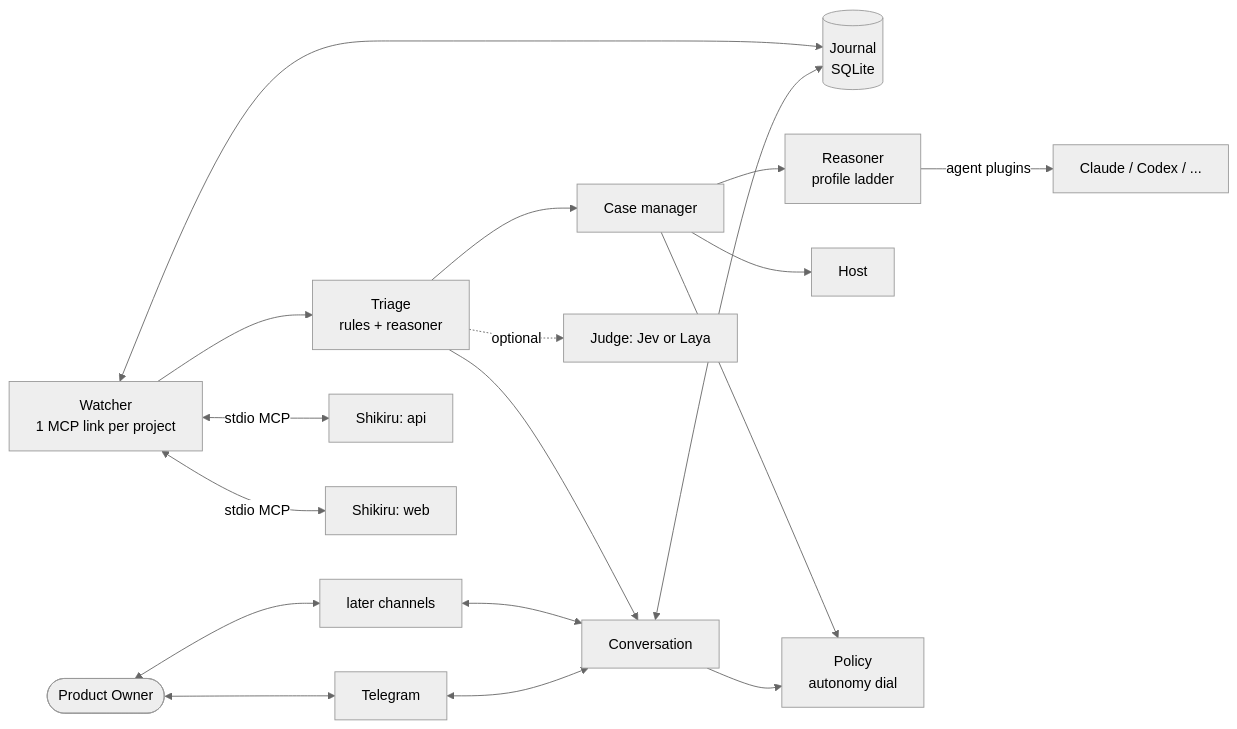
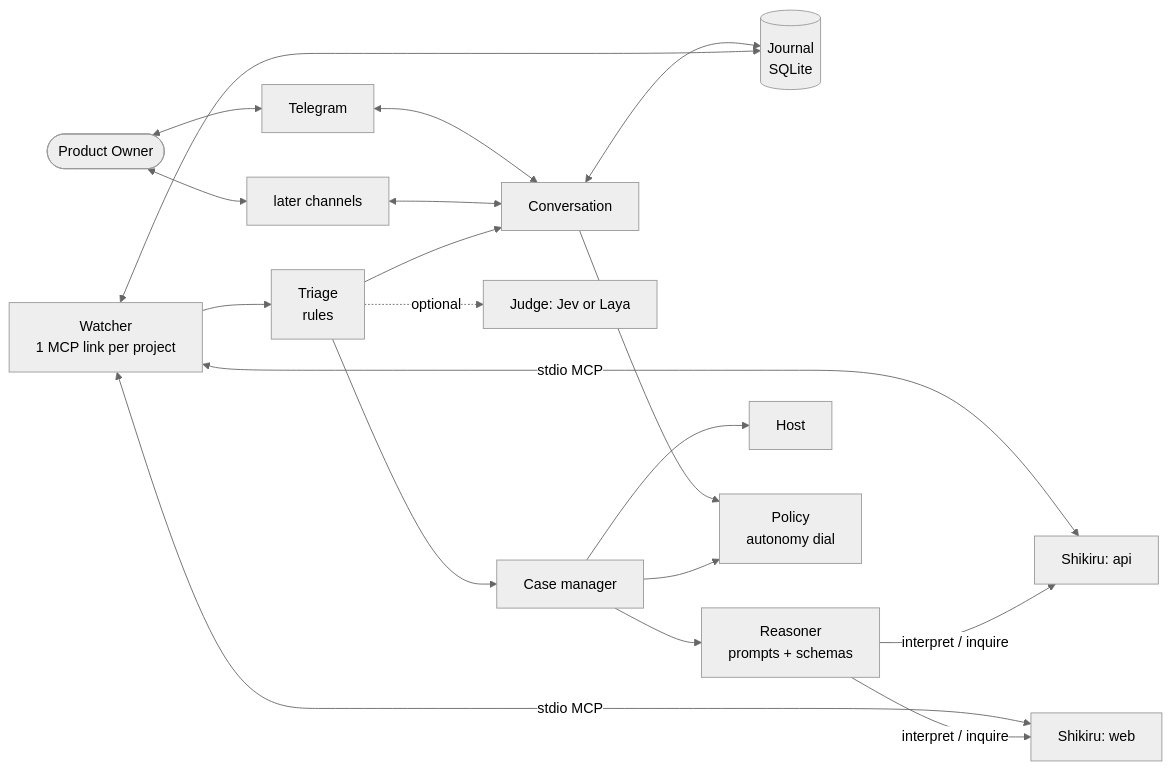
One commit to ferrum-code-dev/shikiri-yaku changed the diagram in docs/design.md. Above: the diagram before and after it, drawn with Mermaid (neutral theme). The commit also changed other lines of this file and 1 other file, not shown here.

````diff
--- a/docs/design.md
+++ b/docs/design.md
@@ -26,17 +28,17 @@
 ```mermaid
 flowchart LR
   PO([Product Owner]) <--> TG[Telegram] & CH2[later channels]
   TG & CH2 <--> CN[Conversation]
   CN <--> J[(Journal<br/>SQLite)]
   W[Watcher<br/>1 MCP link per project] <--> J
   W <-->|stdio MCP| S1[Shikiru: api]
   W <-->|stdio MCP| S2[Shikiru: web]
-  W --> T[Triage<br/>rules + reasoner]
+  W --> T[Triage<br/>rules]
   T --> CN
   T --> C[Case manager]
-  C --> R[Reasoner<br/>profile ladder]
+  C --> R[Reasoner<br/>prompts + schemas]
   C --> H[Host]
-  R -->|agent plugins| AG[Claude / Codex / ...]
+  R -->|interpret / inquire| S1 & S2
   T -.optional.-> JM[Judge: Jev or Laya]
   CN & C --> PL[Policy<br/>autonomy dial]
 ```
````
